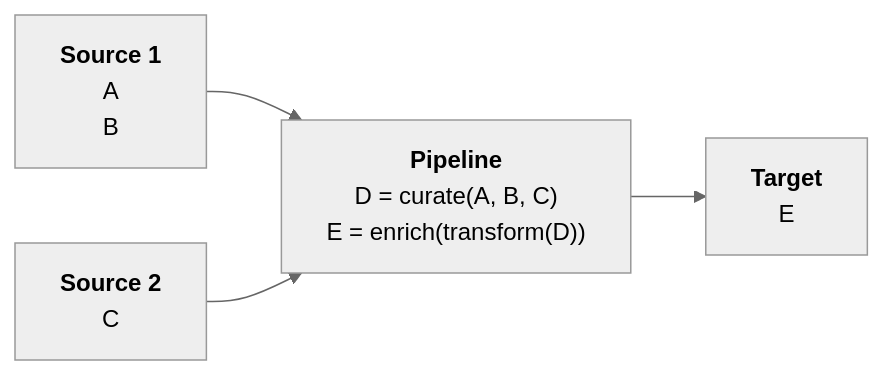
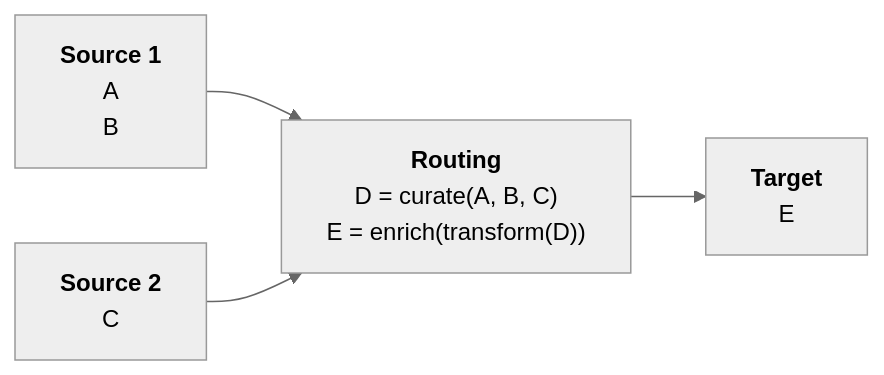
The sixth of 6 diagrams in docs/admin/pipelines/overview.mdx (VirtualMetric/virtualmetric-docs), drawn with Mermaid (neutral theme) before and after one commit. The commit also changed other lines of this file and 1 other file, not shown here.

````diff
--- a/docs/admin/pipelines/overview.mdx
+++ b/docs/admin/pipelines/overview.mdx
@@ -236,21 +236,21 @@
 ```mermaid
 %%{init: {"flowchart": {"htmlLabels": false}}}%%
 flowchart LR
 	source1["`**Source 1**
 		A
 		B
 	`"]
 	source2["`**Source 2**
 		C
 	`"]
-  processor["`**Pipeline**
+  routing["`**Routing**
     D = curate(A, B, C)
 		E = enrich(transform(D))
 	`"]
 	target["`**Target**
 		E
 	`"]
-	source1 --> processor;
-	source2 --> processor;
-	processor --> target
+	source1 --> routing;
+	source2 --> routing;
+	routing --> target
 ```
````
